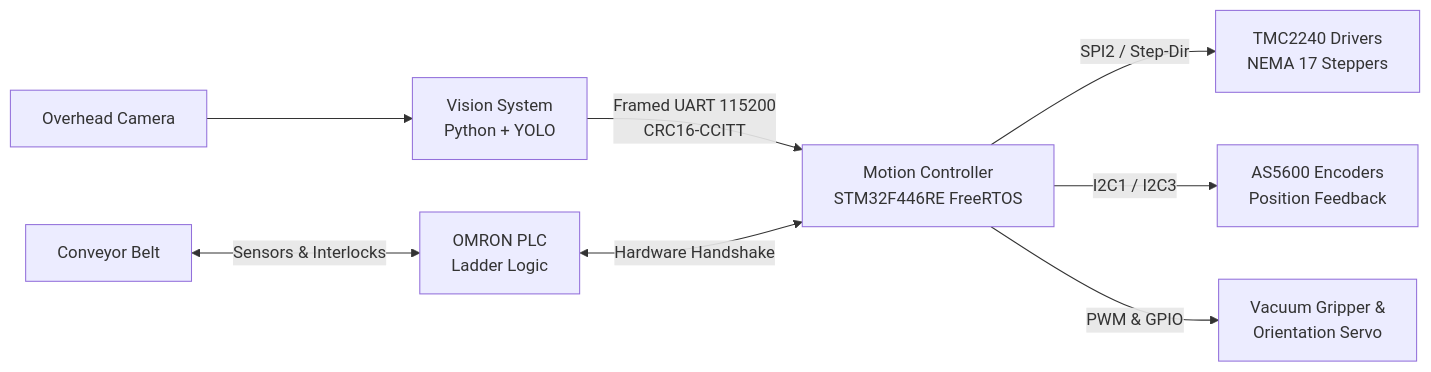
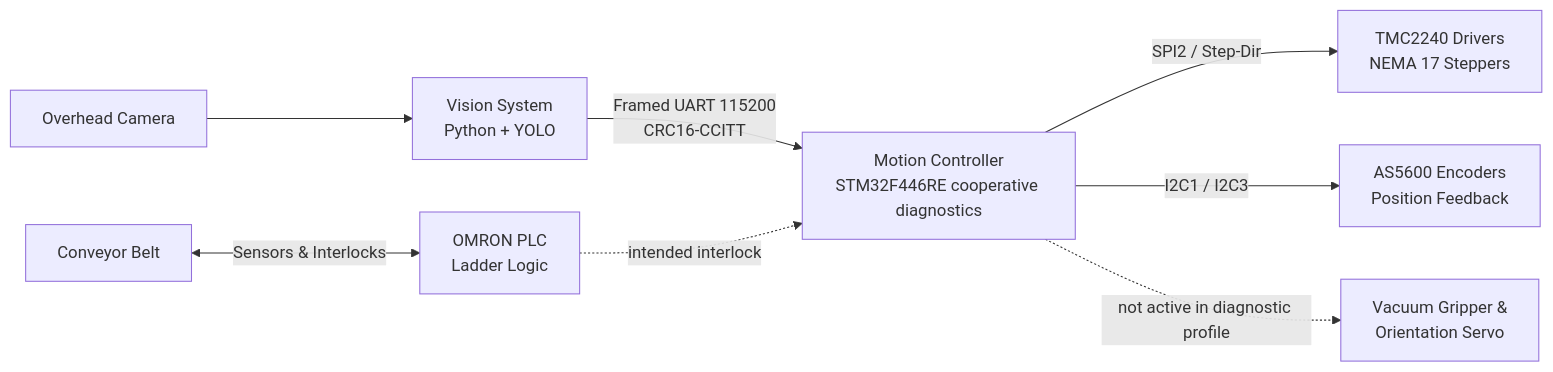
One commit to MorisSintong/XZ-Manipulator-Controls changed the diagram in README.md. Above: the diagram before and after it, drawn with Mermaid. The commit also changed other lines of this file and 17 other files, not shown here.

First line of the commit message:
Refactor motion diagnostics documentation and system overview

````diff
--- a/README.md
+++ b/README.md
@@ -16,10 +16,10 @@
 ```mermaid
 flowchart LR
     A[Overhead Camera] --> B[Vision System<br/>Python + YOLO]
-    B -->|Framed UART 115200<br/>CRC16-CCITT| C[Motion Controller<br/>STM32F446RE FreeRTOS]
+    B -->|Framed UART 115200<br/>CRC16-CCITT| C[Motion Controller<br/>STM32F446RE cooperative diagnostics]
     C -->|SPI2 / Step-Dir| D[TMC2240 Drivers<br/>NEMA 17 Steppers]
     C -->|I2C1 / I2C3| E[AS5600 Encoders<br/>Position Feedback]
-    C -->|PWM & GPIO| F[Vacuum Gripper &<br/>Orientation Servo]
+    C -. not active in diagnostic profile .-> F[Vacuum Gripper &<br/>Orientation Servo]
     G[Conveyor Belt] <-->|Sensors & Interlocks| H[OMRON PLC<br/>Ladder Logic]
-    H <-->|Hardware Handshake| C
+    H -. intended interlock .-> C
 ```
````
